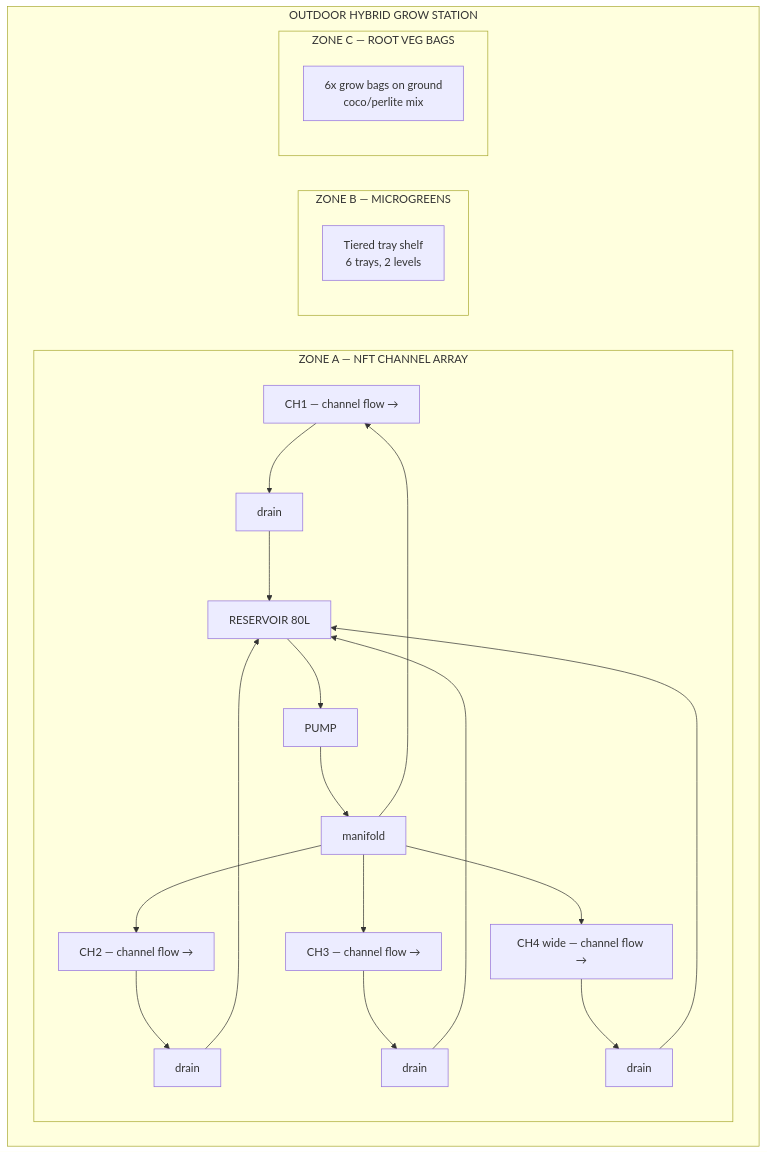
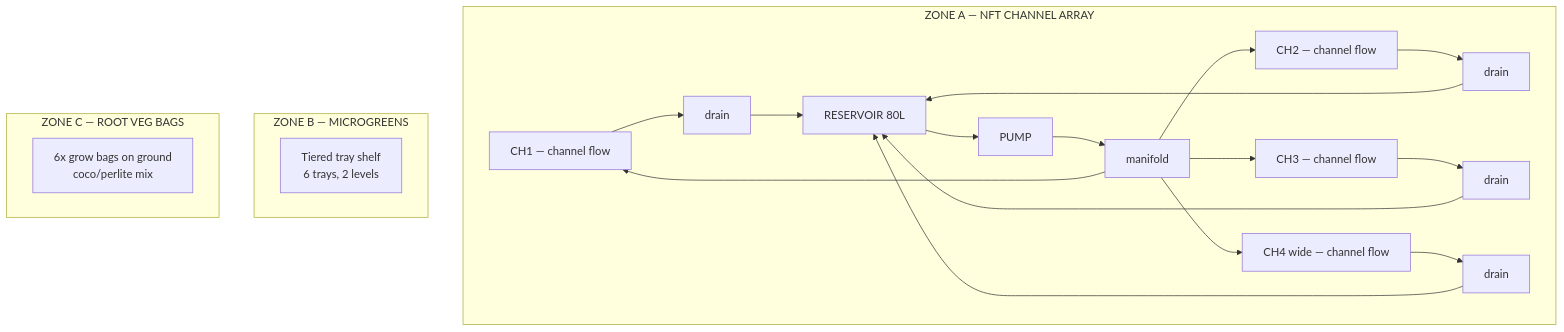
The first of 2 diagrams in guide/nft/00-system-overview.md (UncleJS/guide_hydroponics), drawn with Mermaid before and after one commit. The commit also changed other lines of this file and 12 other files, not shown here.

````diff
--- a/guide/nft/00-system-overview.md
+++ b/guide/nft/00-system-overview.md
@@ -90,21 +92,21 @@
 ```mermaid
 flowchart TD
-    subgraph STATION["OUTDOOR HYBRID GROW STATION"]
-        subgraph ZoneA["ZONE A — NFT CHANNEL ARRAY"]
-            CH1["CH1 — channel flow →"] --> D1["drain"]
-            CH2["CH2 — channel flow →"] --> D2["drain"]
-            CH3["CH3 — channel flow →"] --> D3["drain"]
-            CH4["CH4 wide — channel flow →"] --> D4["drain"]
-            D1 & D2 & D3 & D4 --> RES["RESERVOIR 80L"]
-            RES --> PUMP["PUMP"]
-            PUMP --> MAN["manifold"]
-            MAN --> CH1 & CH2 & CH3 & CH4
-        end
-        subgraph ZoneB["ZONE B — MICROGREENS"]
-            B["Tiered tray shelf<br/>6 trays, 2 levels"]
-        end
-        subgraph ZoneC["ZONE C — ROOT VEG BAGS"]
-            C["6x grow bags on ground<br/>coco/perlite mix"]
-        end
+    subgraph ZoneA["ZONE A — NFT CHANNEL ARRAY"]
+        CH1["CH1 — channel flow"] --> D1["drain"]
+        CH2["CH2 — channel flow"] --> D2["drain"]
+        CH3["CH3 — channel flow"] --> D3["drain"]
+        CH4["CH4 wide — channel flow"] --> D4["drain"]
+        D1 & D2 & D3 & D4 --> RES["RESERVOIR 80L"]
+        RES --> PUMP["PUMP"]
+        PUMP --> MAN["manifold"]
+        MAN --> CH1 & CH2 & CH3 & CH4
+    end
+
+    subgraph ZoneB["ZONE B — MICROGREENS"]
+        B["Tiered tray shelf<br/>6 trays, 2 levels"]
+    end
+
+    subgraph ZoneC["ZONE C — ROOT VEG BAGS"]
+        C["6x grow bags on ground<br/>coco/perlite mix"]
     end
 ```
````
